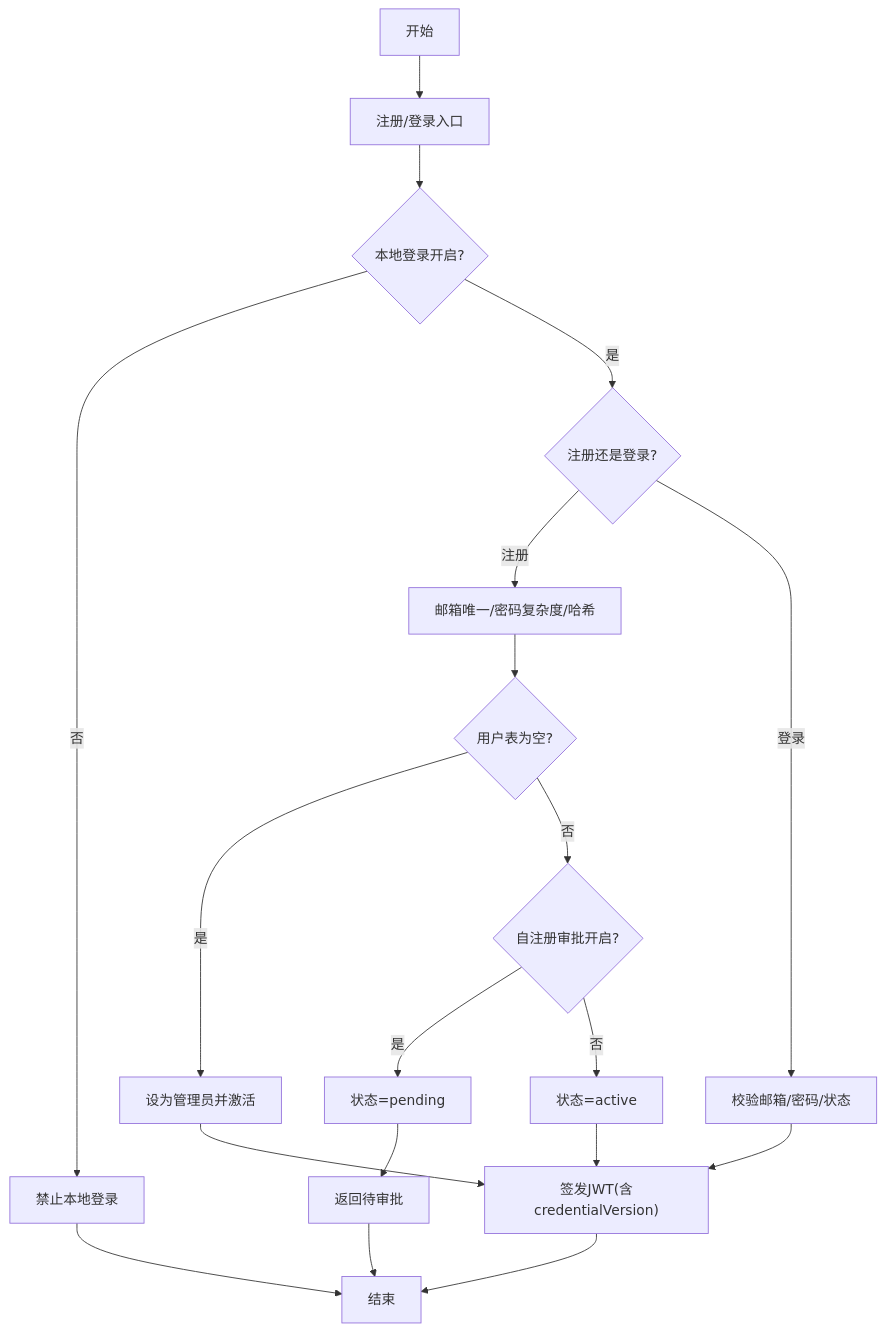
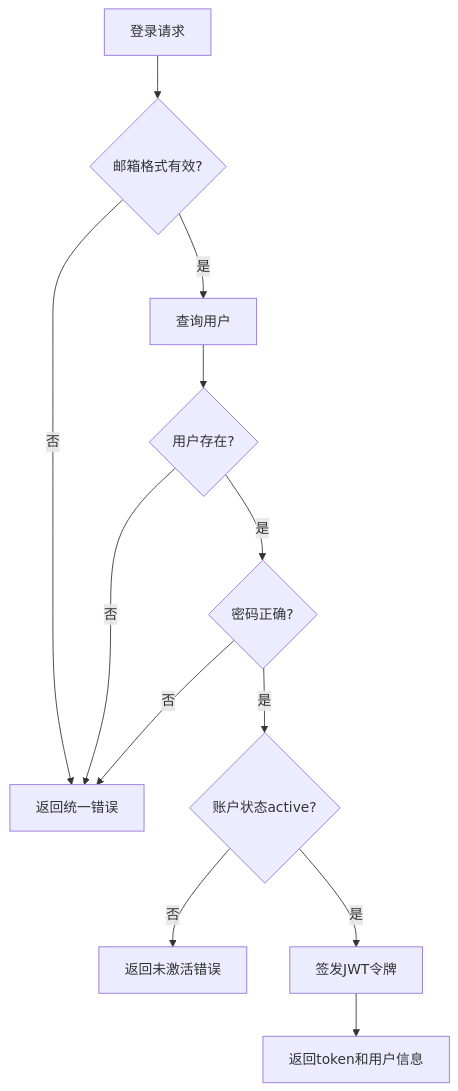
One commit to AlcaProphet/VPN-Subscription-Management changed the third of 12 diagrams in .qoder/repowiki/zh/content/核心功能模块/认证与授权系统/认证与授权系统.md. Above: the diagram before and after it, drawn with Mermaid. The commit also changed other lines of this file and 8 other files, not shown here.

````diff
--- a/.qoder/repowiki/zh/content/核心功能模块/认证与授权系统/认证与授权系统.md
+++ b/.qoder/repowiki/zh/content/核心功能模块/认证与授权系统/认证与授权系统.md
@@ -179,21 +142,14 @@
 ```mermaid
 flowchart TD
-S["开始"] --> R["注册/登录入口"]
-R --> CheckLocal{"本地登录开启?"}
-CheckLocal --> |否| Deny["禁止本地登录"]
-CheckLocal --> |是| RegOrLogin{"注册还是登录?"}
-RegOrLogin --> |注册| Reg["邮箱唯一/密码复杂度/哈希"]
-Reg --> FirstAdmin{"用户表为空?"}
-FirstAdmin --> |是| MakeAdmin["设为管理员并激活"]
-FirstAdmin --> |否| Approval{"自注册审批开启?"}
-Approval --> |是| Pending["状态=pending"]
-Approval --> |否| Active["状态=active"]
-RegOrLogin --> |登录| Login["校验邮箱/密码/状态"]
-Login --> Issue["签发JWT(含credentialVersion)"]
-Active --> Issue
-Pending --> ReturnPending["返回待审批"]
-MakeAdmin --> Issue
-Issue --> End["结束"]
-Deny --> End
-ReturnPending --> End
+A[登录请求] --> B{邮箱格式有效?}
+B --> |否| C[返回统一错误]
+B --> |是| D[查询用户]
+D --> E{用户存在?}
+E --> |否| C
+E --> |是| F{密码正确?}
+F --> |否| C
+F --> |是| G{账户状态active?}
+G --> |否| H[返回未激活错误]
+G --> |是| I[签发JWT令牌]
+I --> J[返回token和用户信息]
 ```
````
